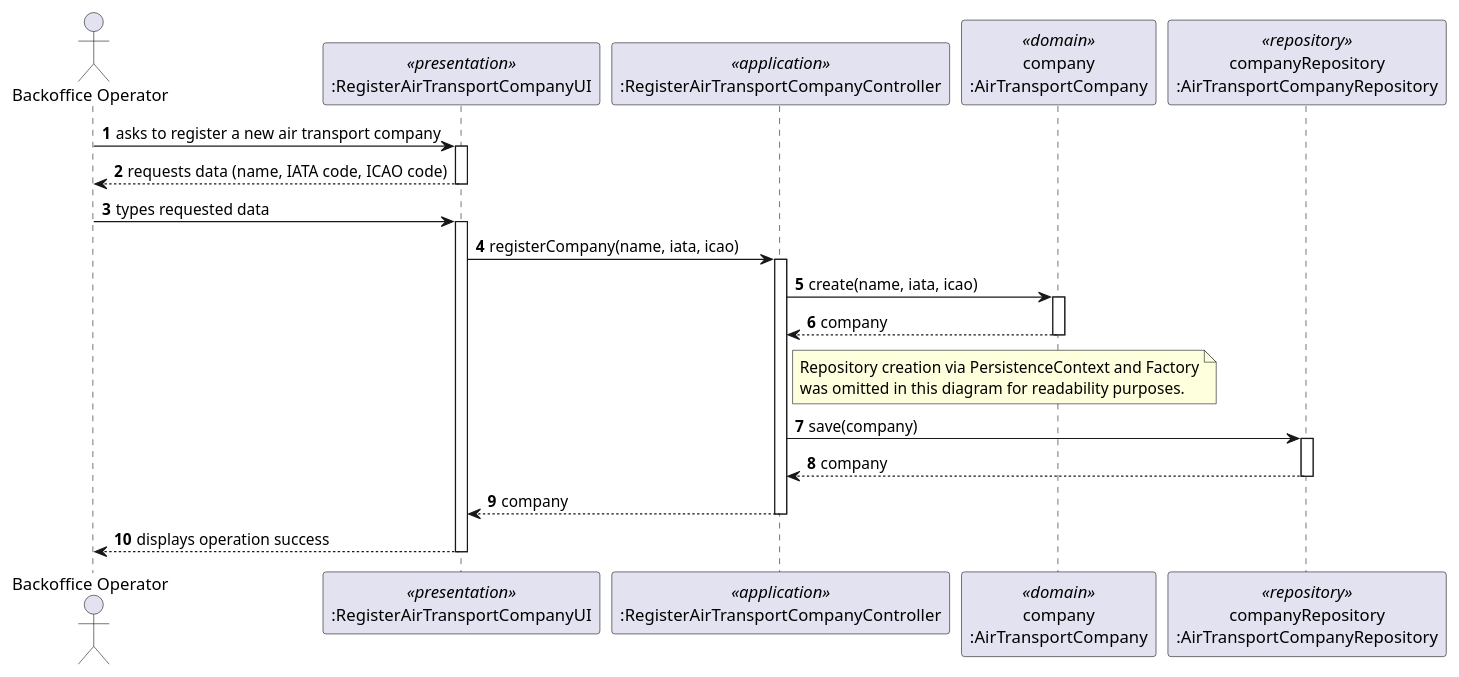
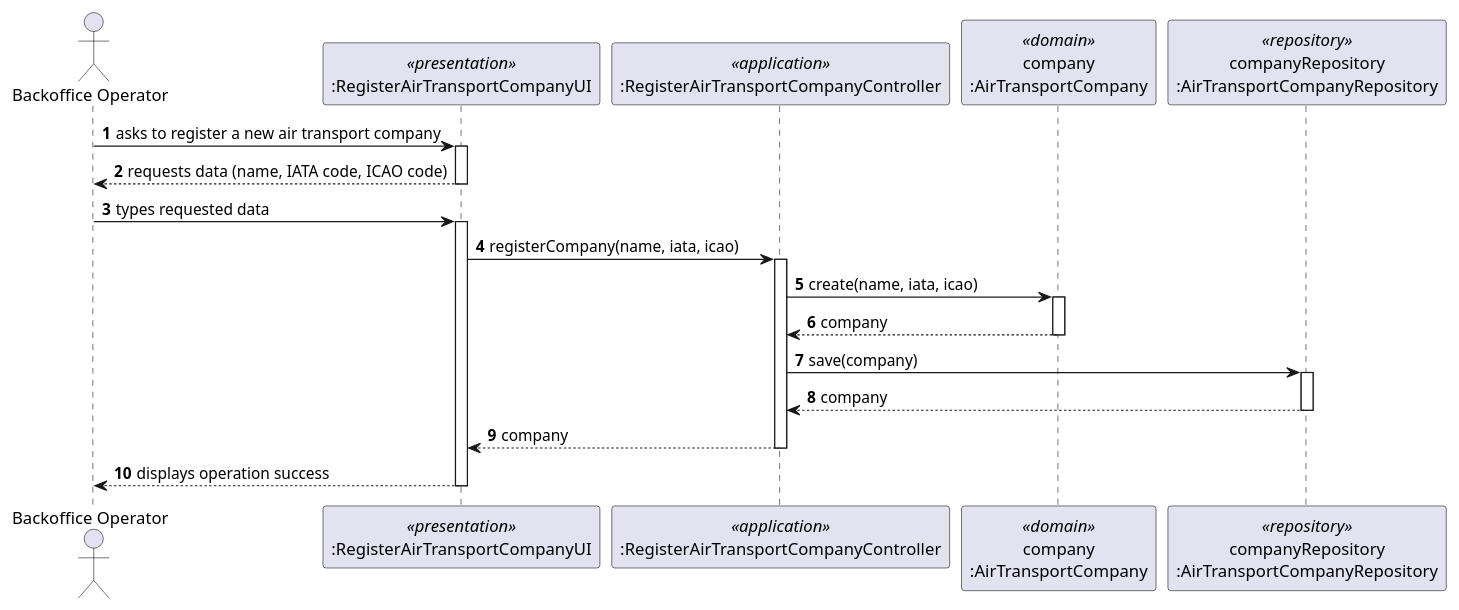
Before and after one commit to brunodspinto/aisafe: the diagram in aisafe.base/docs/user-stories/US011/aggregate-3_1/aggregate-3_1.puml, drawn with PlantUML. The commit also changed 13 other files, not shown here.

Commit message:
remove readability notes and add new diagrams for Maker, EngineModel, and AircraftModel registration flows, #8

```diff
--- a/aisafe.base/docs/user-stories/US011/aggregate-3_1/aggregate-3_1.puml
+++ b/aisafe.base/docs/user-stories/US011/aggregate-3_1/aggregate-3_1.puml
@@ -1,43 +1,40 @@
 @startuml
 autonumber
 
 actor "Backoffice Operator" as BO
 participant ":RegisterAirTransportCompanyUI" as UI <<presentation>>
 participant ":RegisterAirTransportCompanyController" as Controller <<application>>
 participant "company\n:AirTransportCompany" as Domain <<domain>>
 participant "companyRepository\n:AirTransportCompanyRepository" as Repository <<repository>>
 
 BO -> UI : asks to register a new air transport company
 activate UI
 UI --> BO : requests data (name, IATA code, ICAO code)
 deactivate UI
 
 BO -> UI : types requested data
 activate UI
 
 UI -> Controller : registerCompany(name, iata, icao)
 activate Controller
 
 
 Controller -> Domain : create(name, iata, icao)
 activate Domain
 Domain --> Controller : company
 deactivate Domain
 
-note right of Controller
-  Repository creation via PersistenceContext and Factory
-  was omitted in this diagram for readability purposes.
-end note
+
 
 Controller -> Repository : save(company)
 activate Repository
 Repository --> Controller : company
 deactivate Repository
 
 Controller --> UI : company
 deactivate Controller
 
 UI --> BO : displays operation success
 deactivate UI
 
 @enduml
```
